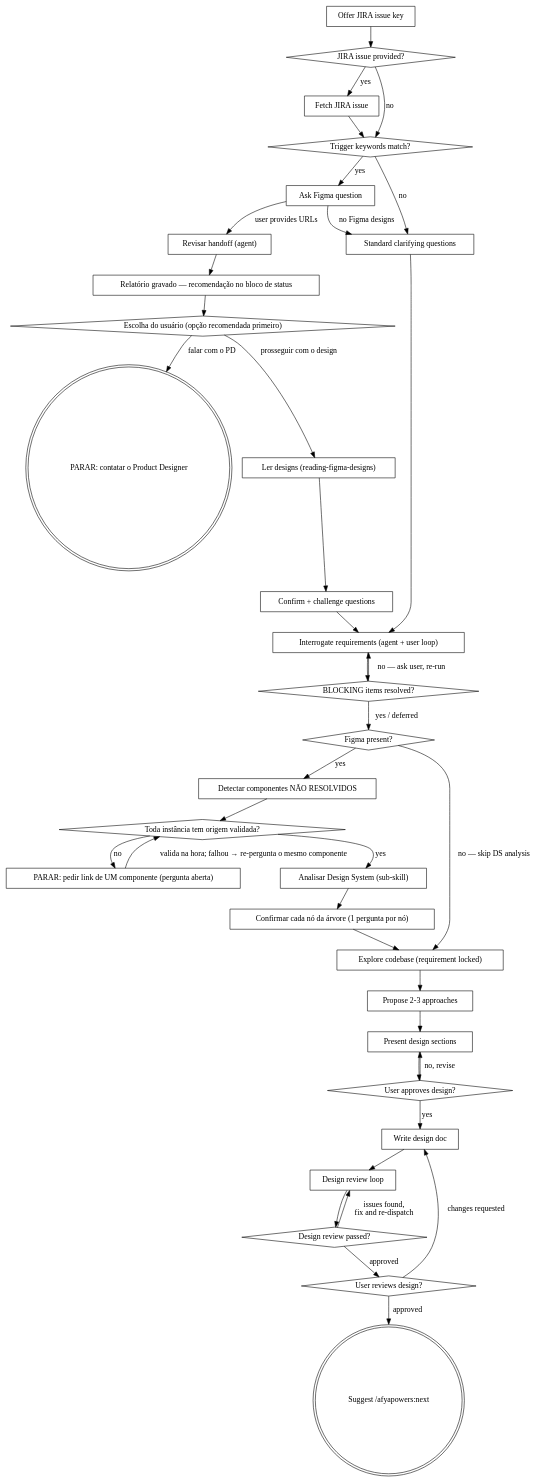
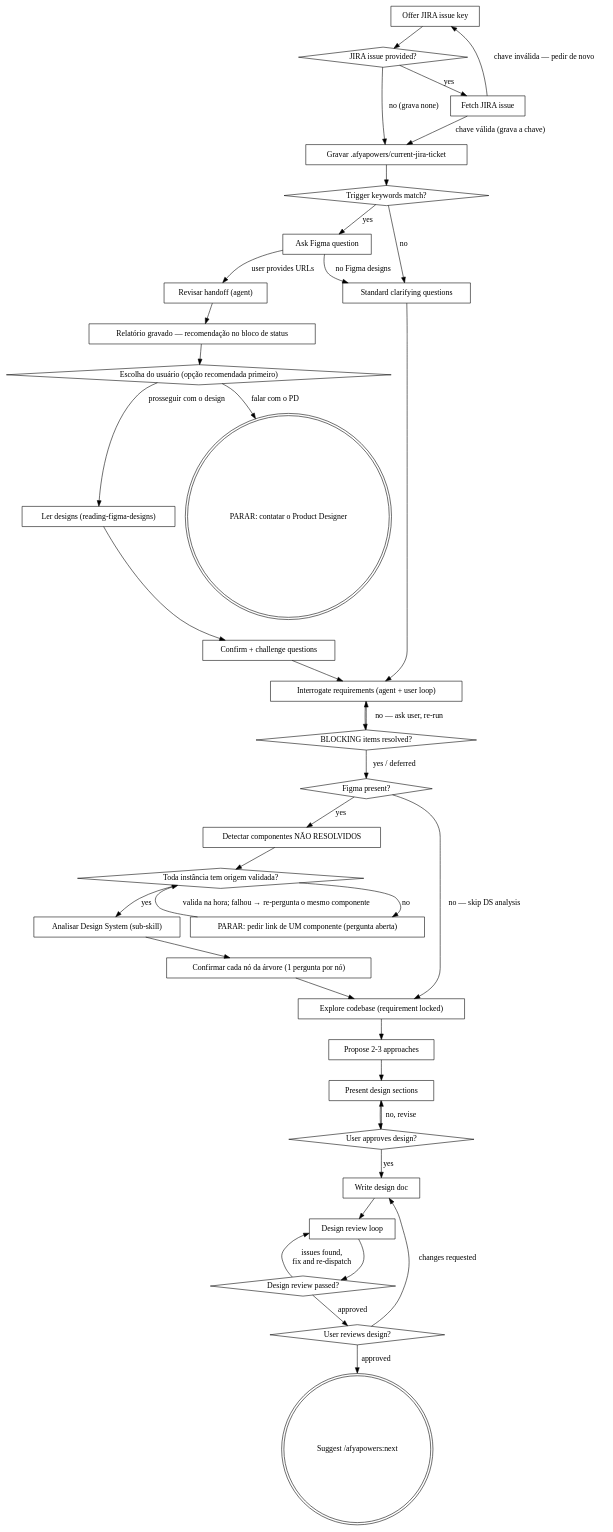
One commit to iclinic/afyapowers changed the diagram in dist/claude/skills/design/SKILL.md. Above: the diagram before and after it, drawn with Graphviz. The commit also changed other lines of this file and 38 other files, not shown here.

````diff
--- a/dist/claude/skills/design/SKILL.md
+++ b/dist/claude/skills/design/SKILL.md
@@ -62,71 +62,74 @@
 ```dot
 digraph design {
     "Offer JIRA issue key" [shape=box];
     "JIRA issue provided?" [shape=diamond];
     "Fetch JIRA issue" [shape=box];
+    "Gravar .afyapowers/current-jira-ticket" [shape=box];
     "Trigger keywords match?" [shape=diamond];
     "Ask Figma question" [shape=box];
     "Revisar handoff (agent)" [shape=box];
     "Relatório gravado — recomendação no bloco de status" [shape=box];
     "Escolha do usuário (opção recomendada primeiro)" [shape=diamond];
     "PARAR: contatar o Product Designer" [shape=doublecircle];
     "Ler designs (reading-figma-designs)" [shape=box];
     "Confirm + challenge questions" [shape=box];
     "Standard clarifying questions" [shape=box];
     "Interrogate requirements (agent + user loop)" [shape=box];
     "BLOCKING items resolved?" [shape=diamond];
     "Figma present?" [shape=diamond];
     "Detectar componentes NÃO RESOLVIDOS" [shape=box];
     "Toda instância tem origem validada?" [shape=diamond];
     "PARAR: pedir link de UM componente (pergunta aberta)" [shape=box];
     "Analisar Design System (sub-skill)" [shape=box];
     "Confirmar cada nó da árvore (1 pergunta por nó)" [shape=box];
     "Explore codebase (requirement locked)" [shape=box];
     "Propose 2-3 approaches" [shape=box];
     "Present design sections" [shape=box];
     "User approves design?" [shape=diamond];
     "Write design doc" [shape=box];
     "Design review loop" [shape=box];
     "Design review passed?" [shape=diamond];
     "User reviews design?" [shape=diamond];
     "Suggest /afyapowers:next" [shape=doublecircle];
 
     "Offer JIRA issue key" -> "JIRA issue provided?";
     "JIRA issue provided?" -> "Fetch JIRA issue" [label="yes"];
-    "JIRA issue provided?" -> "Trigger keywords match?" [label="no"];
-    "Fetch JIRA issue" -> "Trigger keywords match?";
+    "JIRA issue provided?" -> "Gravar .afyapowers/current-jira-ticket" [label="no (grava none)"];
+    "Fetch JIRA issue" -> "Gravar .afyapowers/current-jira-ticket" [label="chave válida (grava a chave)"];
+    "Fetch JIRA issue" -> "Offer JIRA issue key" [label="chave inválida — pedir de novo"];
+    "Gravar .afyapowers/current-jira-ticket" -> "Trigger keywords match?";
     "Trigger keywords match?" -> "Ask Figma question" [label="yes"];
     "Trigger keywords match?" -> "Standard clarifying questions" [label="no"];
     "Ask Figma question" -> "Revisar handoff (agent)" [label="user provides URLs"];
     "Ask Figma question" -> "Standard clarifying questions" [label="no Figma designs"];
     "Revisar handoff (agent)" -> "Relatório gravado — recomendação no bloco de status";
     "Relatório gravado — recomendação no bloco de status" -> "Escolha do usuário (opção recomendada primeiro)";
     "Escolha do usuário (opção recomendada primeiro)" -> "PARAR: contatar o Product Designer" [label="falar com o PD"];
     "Escolha do usuário (opção recomendada primeiro)" -> "Ler designs (reading-figma-designs)" [label="prosseguir com o design"];
     "Ler designs (reading-figma-designs)" -> "Confirm + challenge questions";
     "Confirm + challenge questions" -> "Interrogate requirements (agent + user loop)";
     "Standard clarifying questions" -> "Interrogate requirements (agent + user loop)";
     "Interrogate requirements (agent + user loop)" -> "BLOCKING items resolved?";
     "BLOCKING items resolved?" -> "Interrogate requirements (agent + user loop)" [label="no — ask user, re-run"];
     "BLOCKING items resolved?" -> "Figma present?" [label="yes / deferred"];
     "Figma present?" -> "Detectar componentes NÃO RESOLVIDOS" [label="yes"];
     "Figma present?" -> "Explore codebase (requirement locked)" [label="no — skip DS analysis"];
     "Detectar componentes NÃO RESOLVIDOS" -> "Toda instância tem origem validada?";
     "Toda instância tem origem validada?" -> "PARAR: pedir link de UM componente (pergunta aberta)" [label="no"];
     "PARAR: pedir link de UM componente (pergunta aberta)" -> "Toda instância tem origem validada?" [label="valida na hora; falhou → re-pergunta o mesmo componente"];
     "Toda instância tem origem validada?" -> "Analisar Design System (sub-skill)" [label="yes"];
     "Analisar Design System (sub-skill)" -> "Confirmar cada nó da árvore (1 pergunta por nó)";
     "Confirmar cada nó da árvore (1 pergunta por nó)" -> "Explore codebase (requirement locked)";
     "Explore codebase (requirement locked)" -> "Propose 2-3 approaches";
     "Propose 2-3 approaches" -> "Present design sections";
     "Present design sections" -> "User approves design?";
     "User approves design?" -> "Present design sections" [label="no, revise"];
     "User approves design?" -> "Write design doc" [label="yes"];
     "Write design doc" -> "Design review loop";
     "Design review loop" -> "Design review passed?";
     "Design review passed?" -> "Design review loop" [label="issues found,\nfix and re-dispatch"];
     "Design review passed?" -> "User reviews design?" [label="approved"];
     "User reviews design?" -> "Write design doc" [label="changes requested"];
     "User reviews design?" -> "Suggest /afyapowers:next" [label="approved"];
 }
 ```
````
